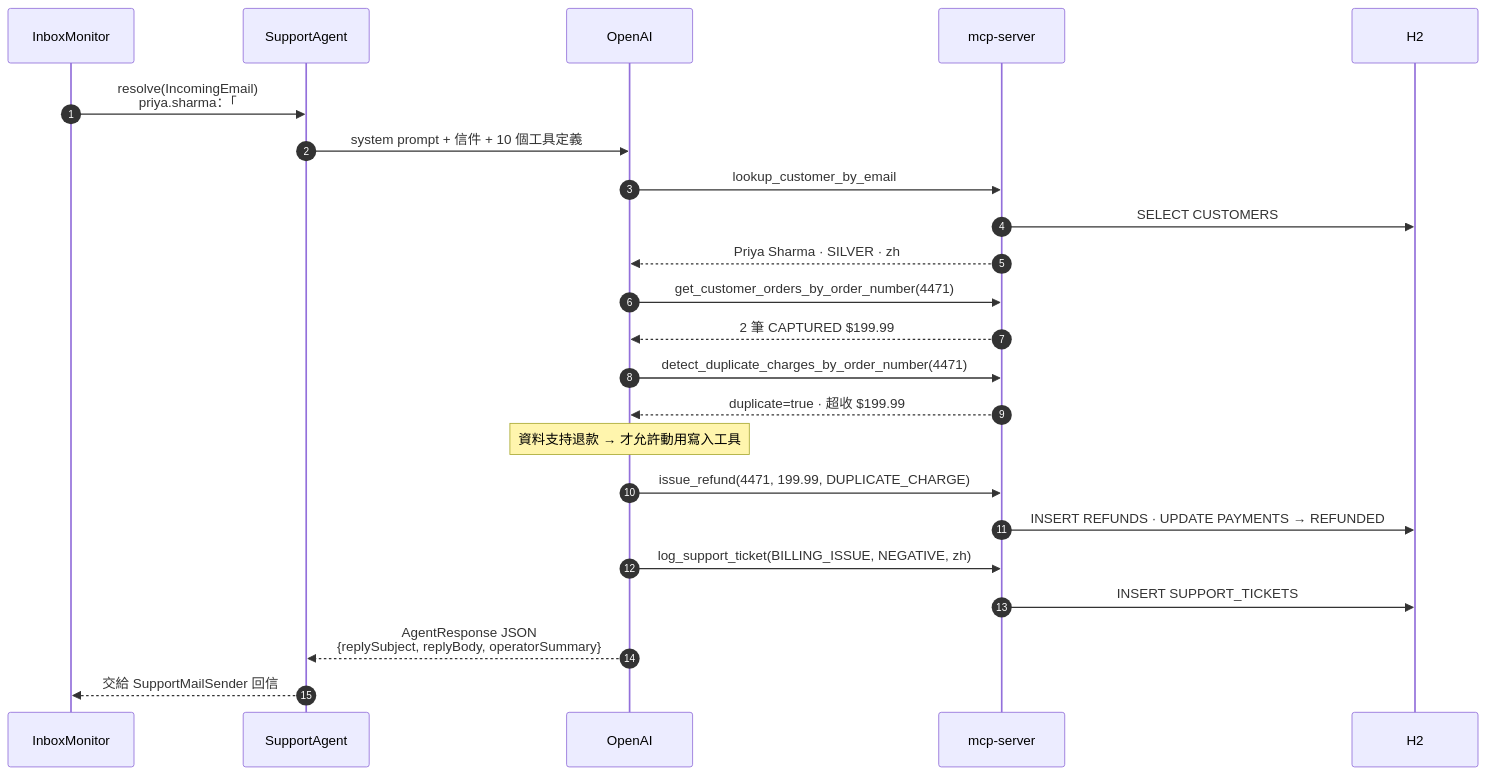
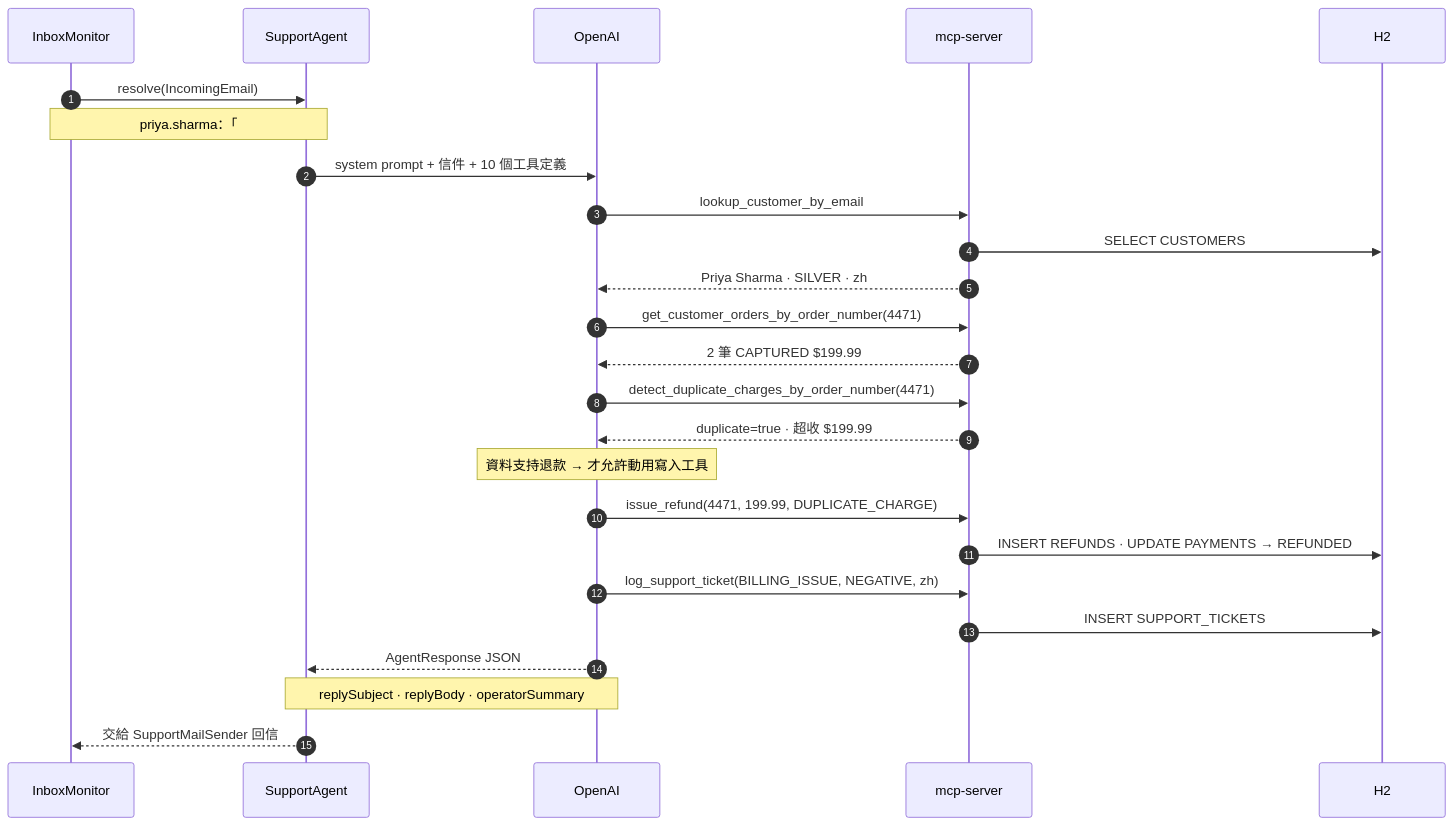
One commit to tonysk0210/springai-agent changed the second of 4 diagrams in README.md. Above: the diagram before and after it, drawn with Mermaid.

````diff
--- a/README.md
+++ b/README.md
@@ -117,26 +117,28 @@
 ```mermaid
 sequenceDiagram
     autonumber
     participant IM as InboxMonitor
     participant SA as SupportAgent
     participant LLM as OpenAI
     participant MCP as mcp-server
     participant DB as H2
 
-    IM->>SA: resolve(IncomingEmail)<br/>priya.sharma：「#4471 被扣兩次」
+    IM->>SA: resolve(IncomingEmail)
+    Note over IM,SA: priya.sharma：「#4471 被扣兩次」
     SA->>LLM: system prompt + 信件 + 10 個工具定義
     LLM->>MCP: lookup_customer_by_email
     MCP->>DB: SELECT CUSTOMERS
     MCP-->>LLM: Priya Sharma · SILVER · zh
     LLM->>MCP: get_customer_orders_by_order_number(4471)
     MCP-->>LLM: 2 筆 CAPTURED $199.99
     LLM->>MCP: detect_duplicate_charges_by_order_number(4471)
     MCP-->>LLM: duplicate=true · 超收 $199.99
     Note over LLM: 資料支持退款 → 才允許動用寫入工具
     LLM->>MCP: issue_refund(4471, 199.99, DUPLICATE_CHARGE)
     MCP->>DB: INSERT REFUNDS · UPDATE PAYMENTS → REFUNDED
     LLM->>MCP: log_support_ticket(BILLING_ISSUE, NEGATIVE, zh)
     MCP->>DB: INSERT SUPPORT_TICKETS
-    LLM-->>SA: AgentResponse JSON<br/>{replySubject, replyBody, operatorSummary}
+    LLM-->>SA: AgentResponse JSON
+    Note over SA,LLM: replySubject · replyBody · operatorSummary
     SA-->>IM: 交給 SupportMailSender 回信
 ```
````
